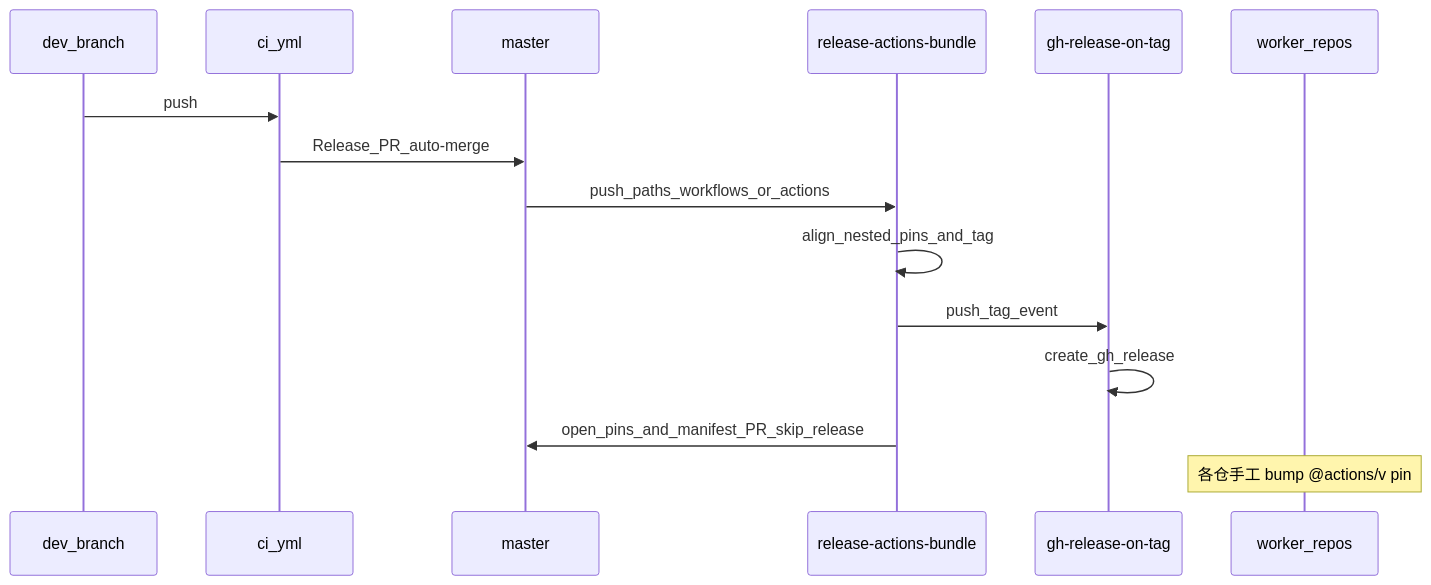
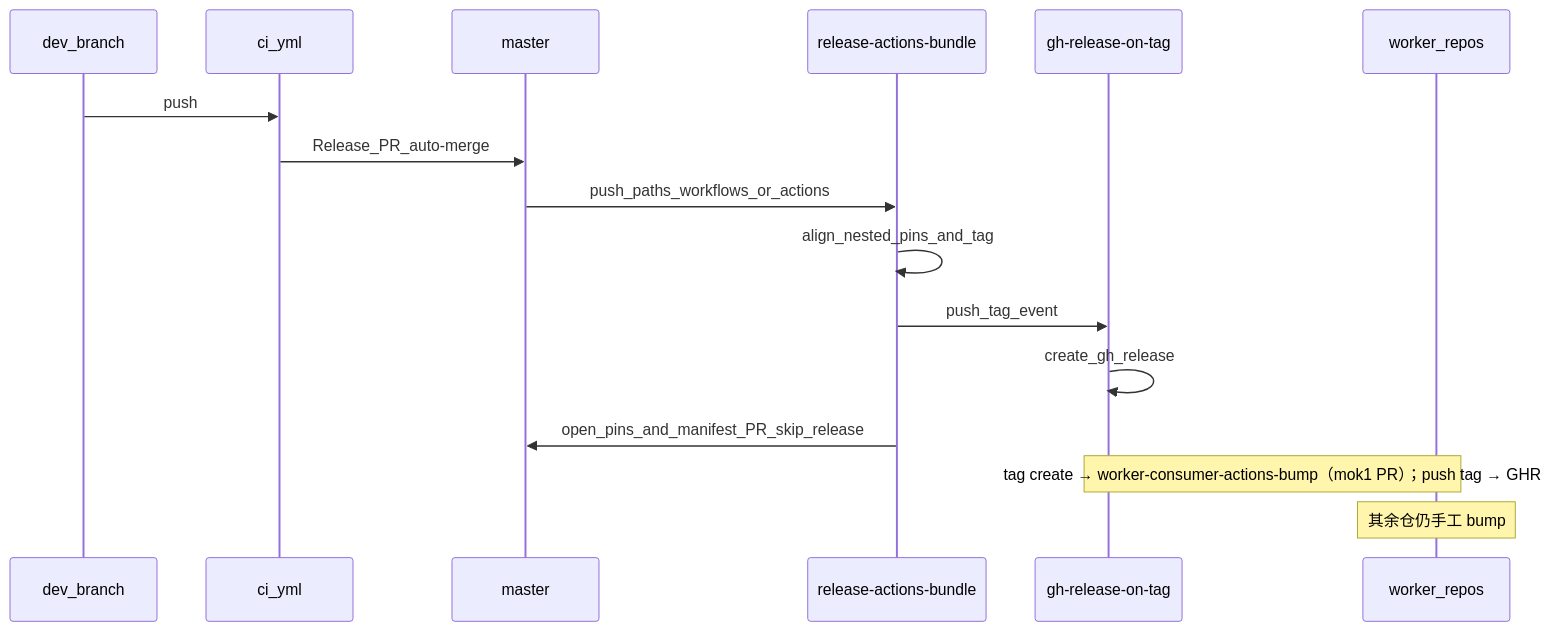
Before and after one commit to workers-world/worker-actions: diagram 16 of 18 in docs/actions-workflows.md, drawn with Mermaid. The commit also changed other lines of this file and 19 other files, not shown here.

First line of the commit message:
feat(WW-150): consumer actions/v* pin auto-bump for mok1 pilot (#102)

````diff
--- a/docs/actions-workflows.md
+++ b/docs/actions-workflows.md
@@ -335,18 +335,19 @@
 ```mermaid
 sequenceDiagram
   participant Dev as dev_branch
   participant CI as ci_yml
   participant Master as master
   participant Rel as release-actions-bundle
   participant GHR as gh-release-on-tag
   participant Consumers as worker_repos
 
   Dev->>CI: push
   CI->>Master: Release_PR_auto-merge
   Master->>Rel: push_paths_workflows_or_actions
   Rel->>Rel: align_nested_pins_and_tag
   Rel->>GHR: push_tag_event
   GHR->>GHR: create_gh_release
   Rel->>Master: open_pins_and_manifest_PR_skip_release
-  Note over Consumers: 各仓手工 bump @actions/v pin
+  Note over GHR,Consumers: tag create → worker-consumer-actions-bump（mok1 PR）；push tag → GHR
+  Note over Consumers: 其余仓仍手工 bump
 ```
````
